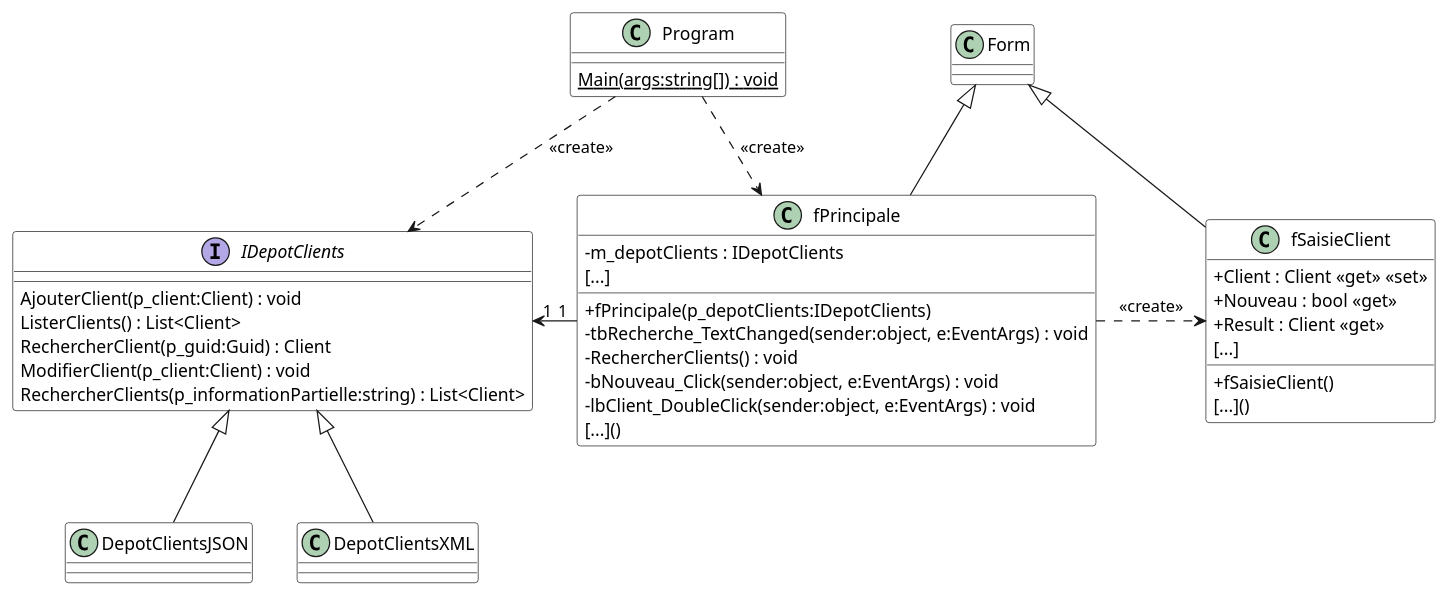
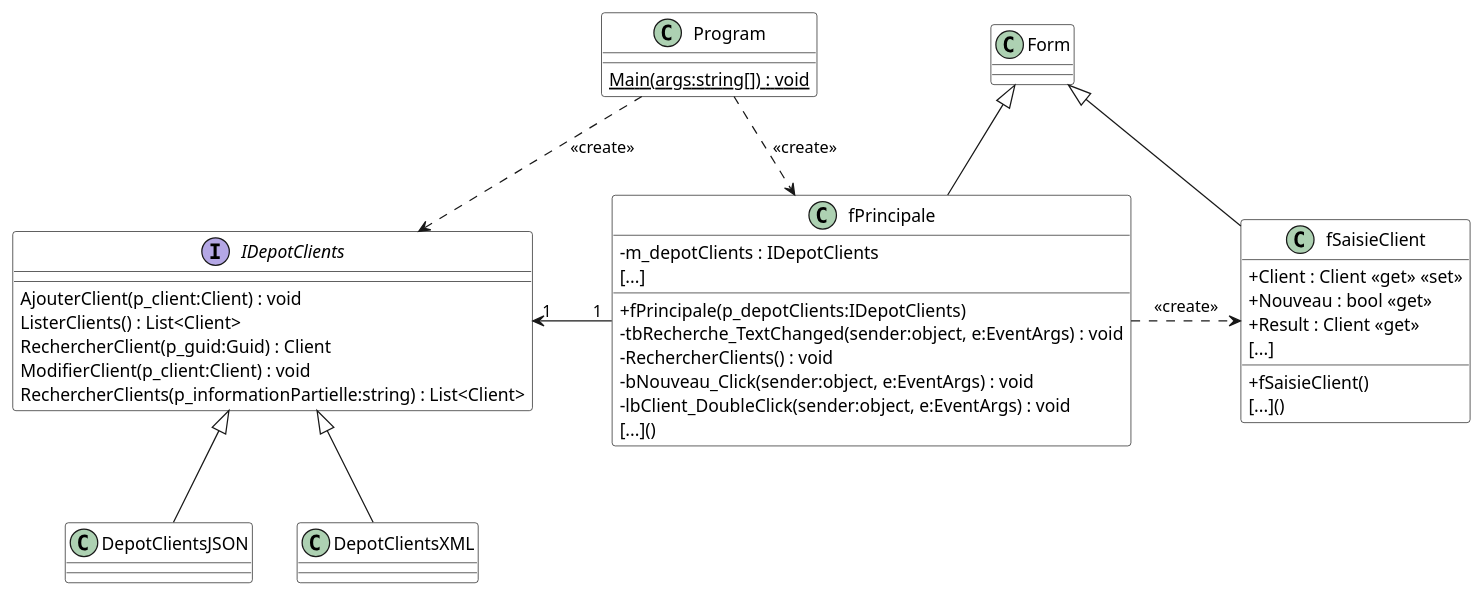
Before and after one commit to PiFou86/420-W30-SF: the diagram in Module09_ApplicationGraphique/diag/diagWFClients.wsd, drawn with PlantUML. The commit also changed 10 other files, not shown here.

```diff
--- a/Module09_ApplicationGraphique/diag/diagWFClients.wsd
+++ b/Module09_ApplicationGraphique/diag/diagWFClients.wsd
@@ -1,59 +1,59 @@
 @startuml DiagAppClients
 
 skinparam classAttributeIconSize 0
 skinparam class {
     BackgroundColor White
     BorderColor #000
 }
 
 class Program {
     {static} Main(args:string[]) : void
 }
 
 Program ..> fPrincipale : <<create>>
 Program ..> IDepotClients : <<create>>
 
 
-fPrincipale "1" -left-> "1" IDepotClients
+fPrincipale "1" -left-> "1" IDepotClients : \t
 
 interface IDepotClients {
     AjouterClient(p_client:Client) : void
     ListerClients() : List<Client>
     RechercherClient(p_guid:Guid) : Client
     ModifierClient(p_client:Client) : void
     RechercherClients(p_informationPartielle:string) : List<Client>
 }
 
 Form <|-- fPrincipale
 class fPrincipale {
     - m_depotClients : IDepotClients
     [...]
     + fPrincipale(p_depotClients:IDepotClients)
     - tbRecherche_TextChanged(sender:object, e:EventArgs) : void
     - RechercherClients() : void
     - bNouveau_Click(sender:object, e:EventArgs) : void
     - lbClient_DoubleClick(sender:object, e:EventArgs) : void
     [...]()
 }
 
 class fSaisieClient {
     + Client : Client <<get>> <<set>>
     + Nouveau : bool <<get>>
     + Result : Client <<get>>
     [...]
     + fSaisieClient()
     [...]()
 }
 Form <|-- fSaisieClient
 
 fPrincipale .right.> fSaisieClient : <<create>>
 
 class DepotClientsJSON {
 
 }
 IDepotClients <|-- DepotClientsJSON
 class DepotClientsXML {
 }
 IDepotClients <|-- DepotClientsXML
 
 @enduml
```
